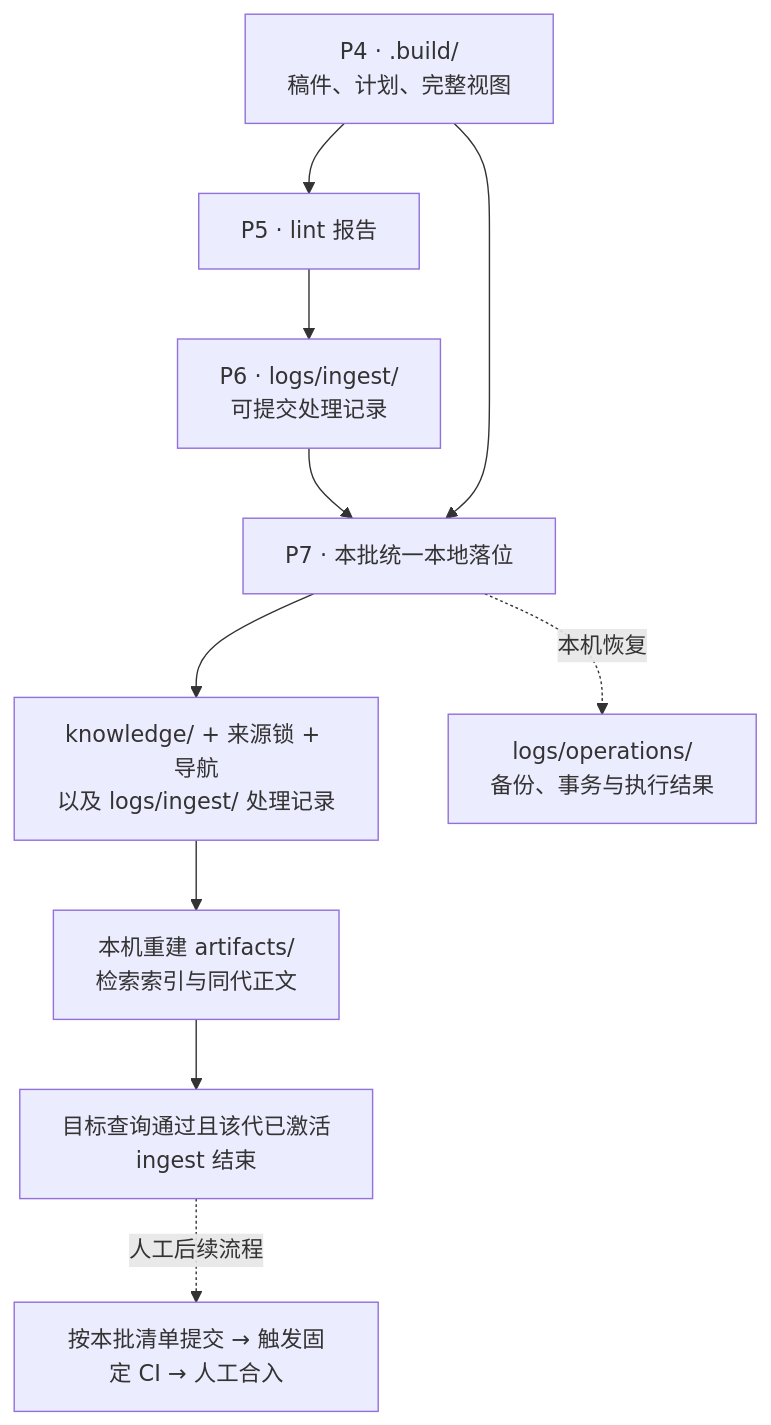
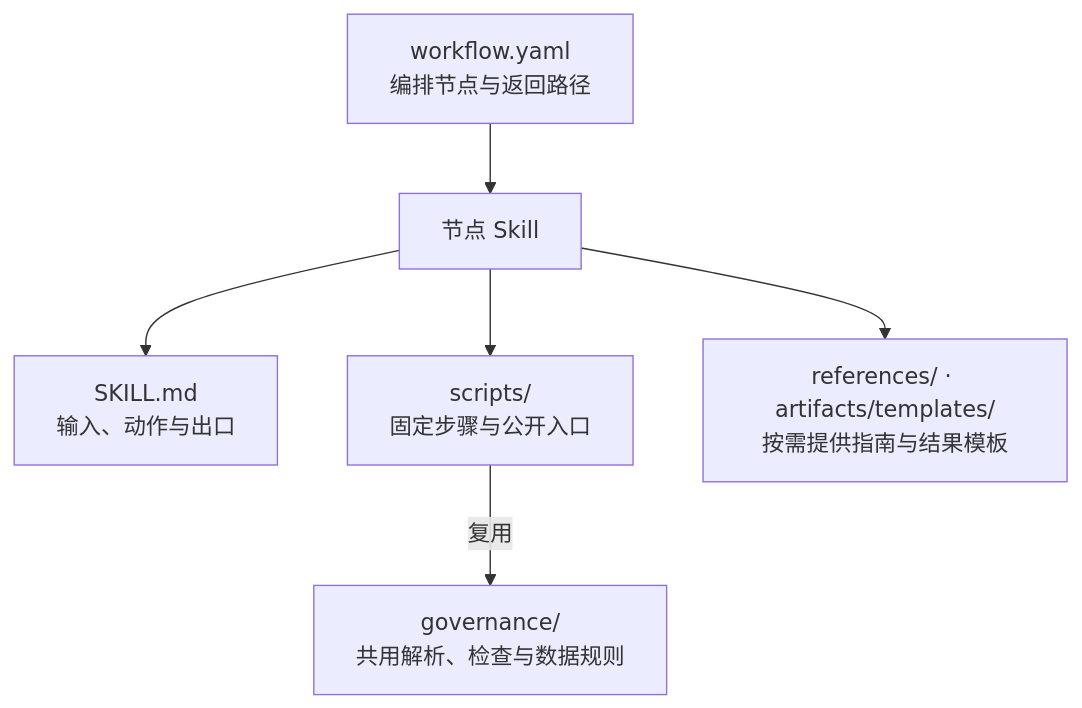
One commit to Robin-hhc/FactumCore changed diagram 21 of 25 in aiotbot-knowledge-wifi-mp/docs-llm-wiki/知识库详细设计.md. Above: the diagram before and after it, drawn with Mermaid. The commit also changed other lines of this file and 5 other files, not shown here.

Commit message:
docs: simplify knowledge design and add diagrams

````diff
--- a/aiotbot-knowledge-wifi-mp/docs-llm-wiki/知识库详细设计.md
+++ b/aiotbot-knowledge-wifi-mp/docs-llm-wiki/知识库详细设计.md
@@ -803,12 +774,8 @@
 ```mermaid
 flowchart TD
-    DRAFT["P4 · .build/<br/>稿件、计划、完整视图"] --> CHECK["P5 · lint 报告"]
-    CHECK --> RECORD["P6 · logs/ingest/<br/>可提交处理记录"]
-    RECORD --> APPLY["P7 · 本批统一本地落位"]
-    DRAFT --> APPLY
-    APPLY --> SHARED["knowledge/ + 来源锁 + 导航<br/>以及 logs/ingest/ 处理记录"]
-    APPLY -. "本机恢复" .-> LOCAL["logs/operations/<br/>备份、事务与执行结果"]
-    SHARED --> INDEX["本机重建 artifacts/<br/>检索索引与同代正文"]
-    INDEX --> DONE["目标查询通过且该代已激活<br/>ingest 结束"]
-    DONE -. "人工后续流程" .-> GIT["按本批清单提交 → 触发固定 CI → 人工合入"]
+    WF["workflow.yaml<br/>编排节点与返回路径"] --> NODE["节点 Skill"]
+    NODE --> DOC["SKILL.md<br/>输入、动作与出口"]
+    NODE --> SCRIPT["scripts/<br/>固定步骤与公开入口"]
+    NODE --> REF["references/ · artifacts/templates/<br/>按需提供指南与结果模板"]
+    SCRIPT -->|复用| CORE["governance/<br/>共用解析、检查与数据规则"]
 ```
````
